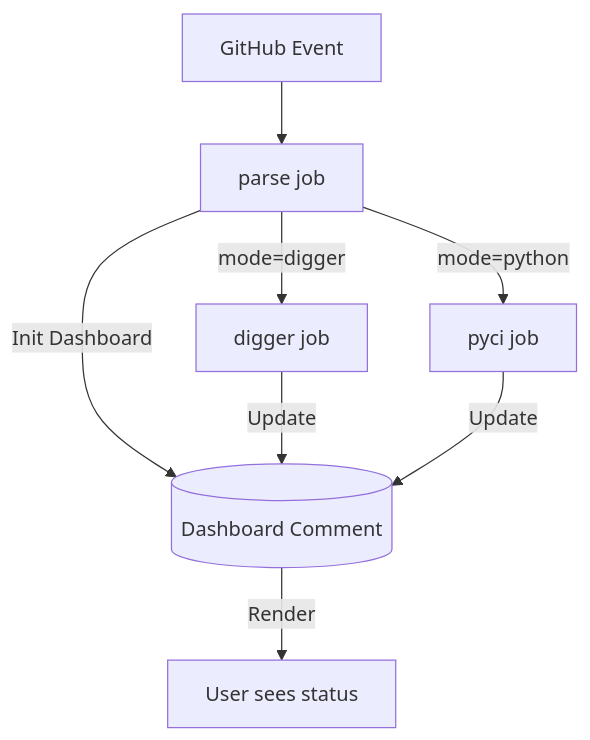
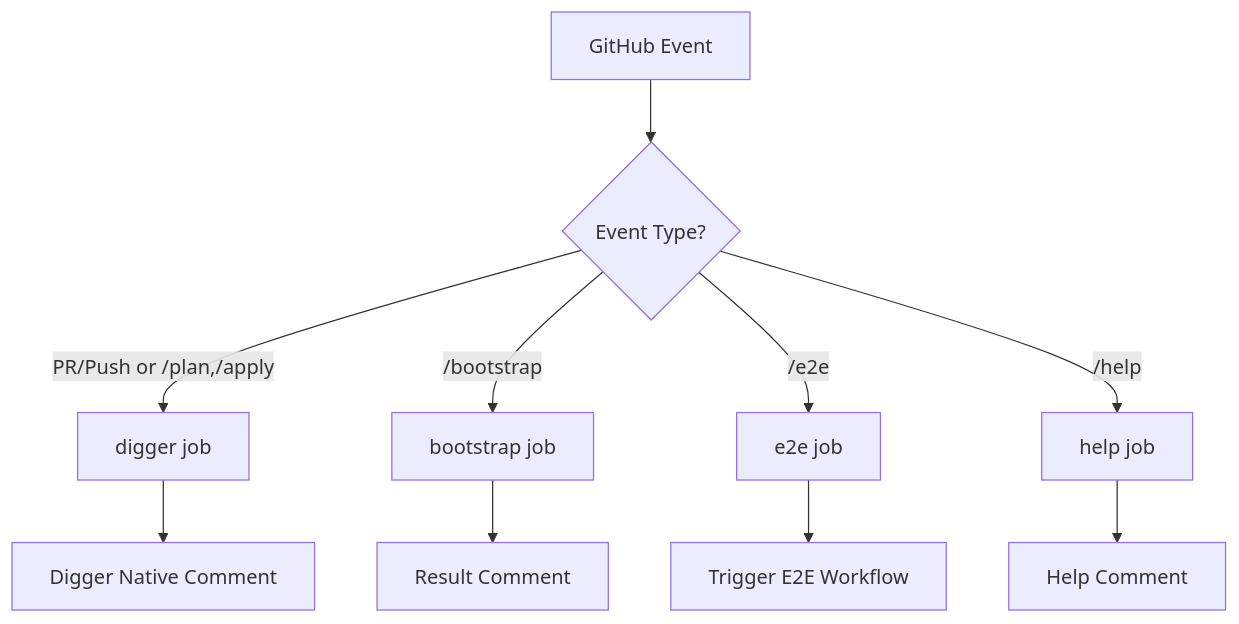
Before and after one commit to wangzitian0/infra: the diagram in .github/workflows/DESIGN.md, drawn with Mermaid. The commit also changed other lines of this file and 12 other files, not shown here.

First line of the commit message:
refactor(ci): simplify pipeline - remove Dashboard, use Digger native (#448)

````diff
--- a/.github/workflows/DESIGN.md
+++ b/.github/workflows/DESIGN.md
@@ -48,13 +43,14 @@
 ```mermaid
 flowchart TB
-    Event[GitHub Event] --> Parse[parse job]
+    Event[GitHub Event] --> Check{Event Type?}
     
-    Parse --> |Init Dashboard| DB[(Dashboard Comment)]
-    Parse --> |mode=digger| Digger[digger job]
-    Parse --> |mode=python| PyCI[pyci job]
+    Check -->|PR/Push or /plan,/apply| Digger[digger job]
+    Check -->|/bootstrap| Bootstrap[bootstrap job]
+    Check -->|/e2e| E2E[e2e job]
+    Check -->|/help| Help[help job]
     
-    Digger --> |Update| DB
-    PyCI --> |Update| DB
-    
-    DB --> |Render| User[User sees status]
+    Digger --> DiggerComment[Digger Native Comment]
+    Bootstrap --> ResultComment[Result Comment]
+    E2E --> TriggerWorkflow[Trigger E2E Workflow]
+    Help --> HelpComment[Help Comment]
 ```
````
